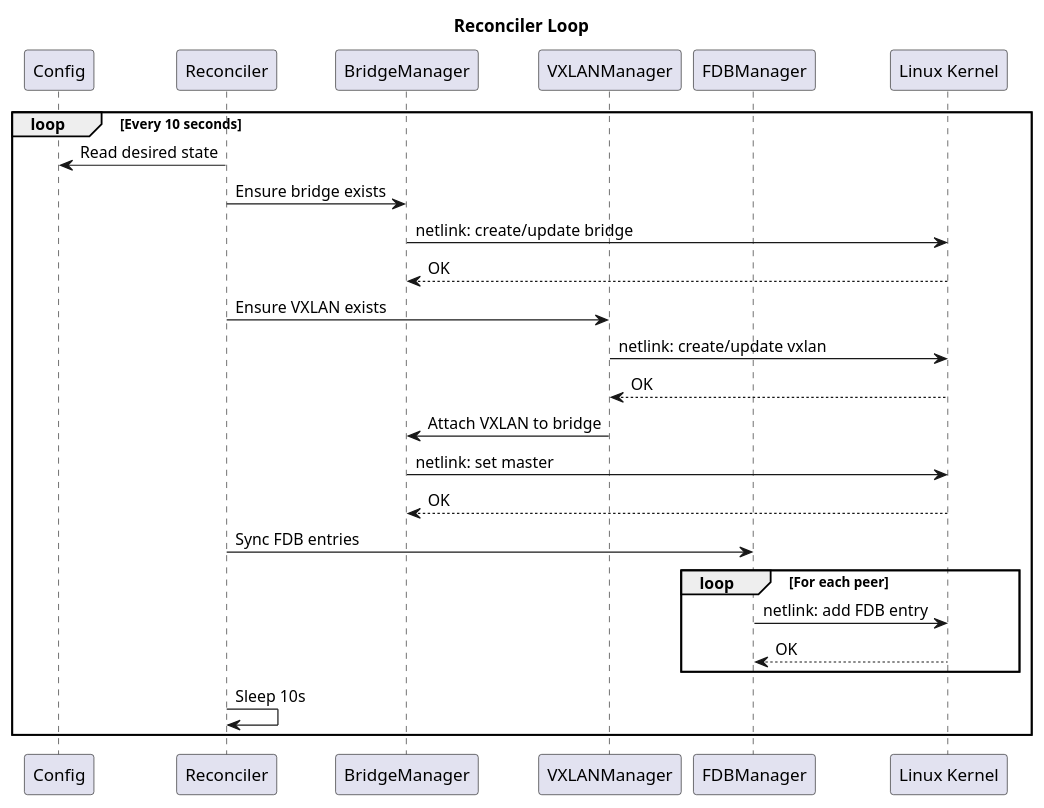
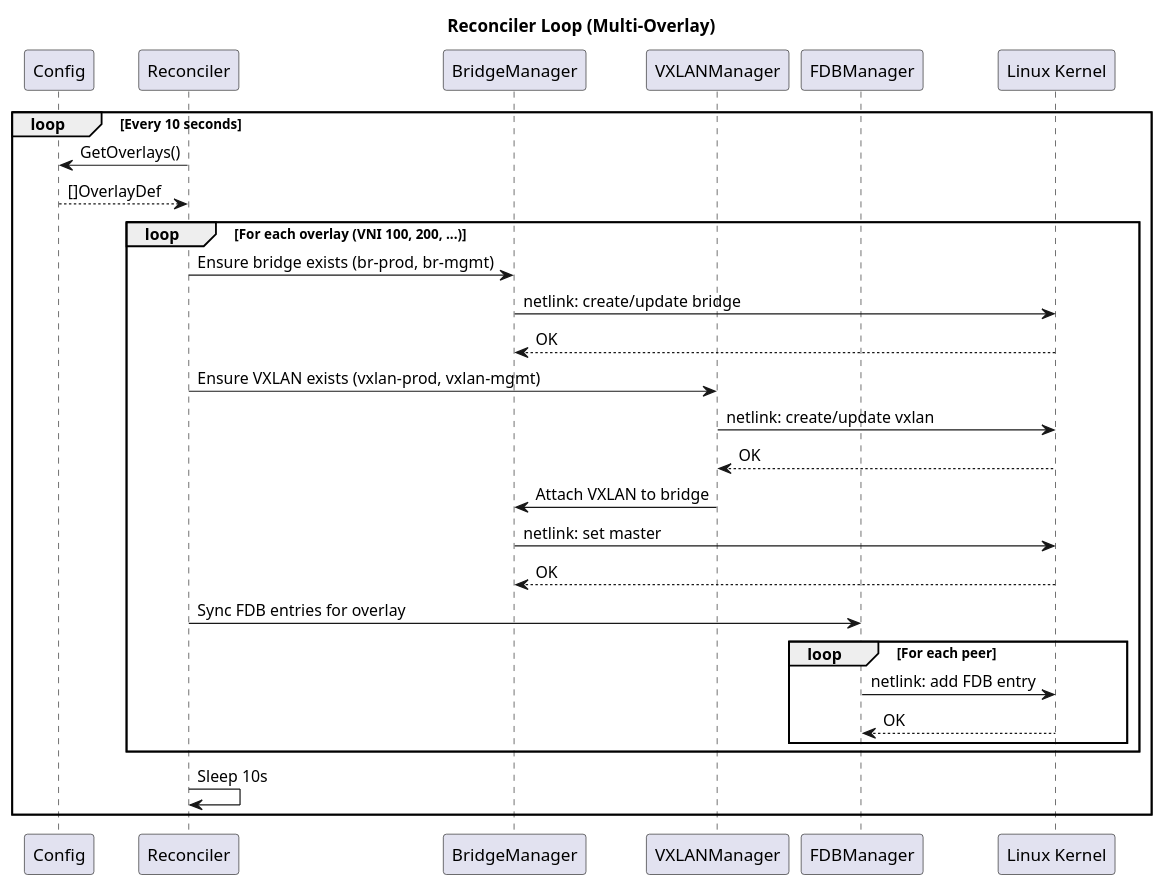
One commit to nishisan-dev/n-netman changed the second of 4 diagrams in README.md. Above: the diagram before and after it, drawn with PlantUML. The commit also changed other lines of this file and 2 other files, not shown here.

First line of the commit message:
docs: add multi-overlay documentation to README

````diff
--- a/README.md
+++ b/README.md
@@ -535,37 +600,40 @@
 ```plantuml
 @startuml
-title Reconciler Loop
+title Reconciler Loop (Multi-Overlay)
 
 participant "Config" as C
 participant "Reconciler" as R
 participant "BridgeManager" as BM
 participant "VXLANManager" as VM
 participant "FDBManager" as FM
 participant "Linux Kernel" as K
 
 loop Every 10 seconds
-    R -> C: Read desired state
+    R -> C: GetOverlays()
+    C --> R: []OverlayDef
     
-    R -> BM: Ensure bridge exists
-    BM -> K: netlink: create/update bridge
-    K --> BM: OK
-    
-    R -> VM: Ensure VXLAN exists
-    VM -> K: netlink: create/update vxlan
-    K --> VM: OK
-    
-    VM -> BM: Attach VXLAN to bridge
-    BM -> K: netlink: set master
-    K --> BM: OK
-    
-    R -> FM: Sync FDB entries
-    loop For each peer
-        FM -> K: netlink: add FDB entry
-        K --> FM: OK
+    loop For each overlay (VNI 100, 200, ...)
+        R -> BM: Ensure bridge exists (br-prod, br-mgmt)
+        BM -> K: netlink: create/update bridge
+        K --> BM: OK
+        
+        R -> VM: Ensure VXLAN exists (vxlan-prod, vxlan-mgmt)
+        VM -> K: netlink: create/update vxlan
+        K --> VM: OK
+        
+        VM -> BM: Attach VXLAN to bridge
+        BM -> K: netlink: set master
+        K --> BM: OK
+        
+        R -> FM: Sync FDB entries for overlay
+        loop For each peer
+            FM -> K: netlink: add FDB entry
+            K --> FM: OK
+        end
     end
     
     R -> R: Sleep 10s
 end
 
 @enduml
 ```
````
